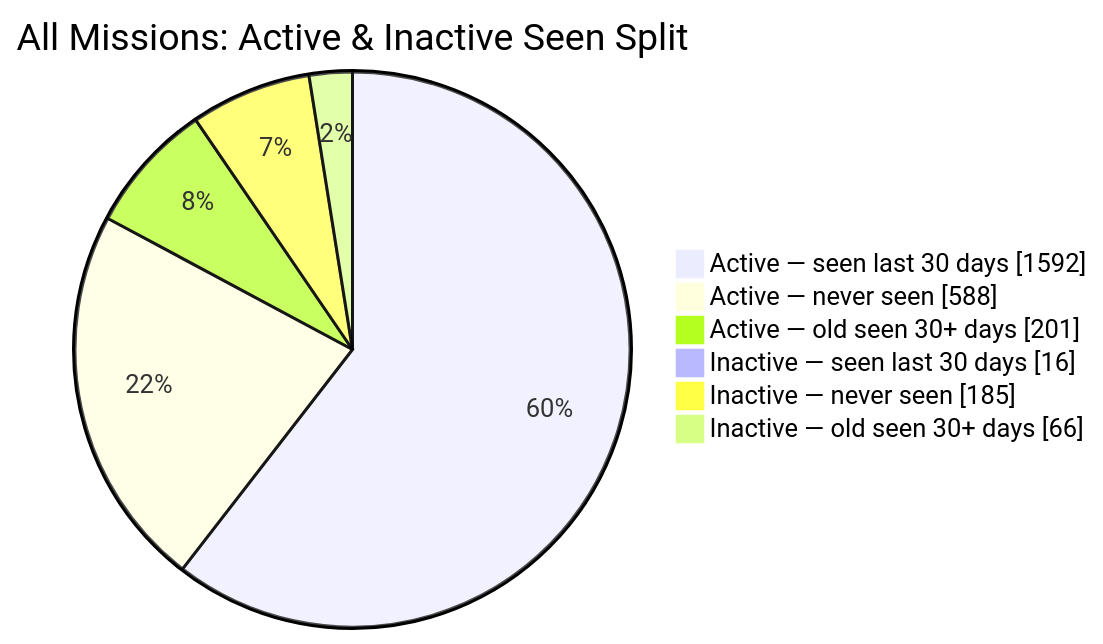
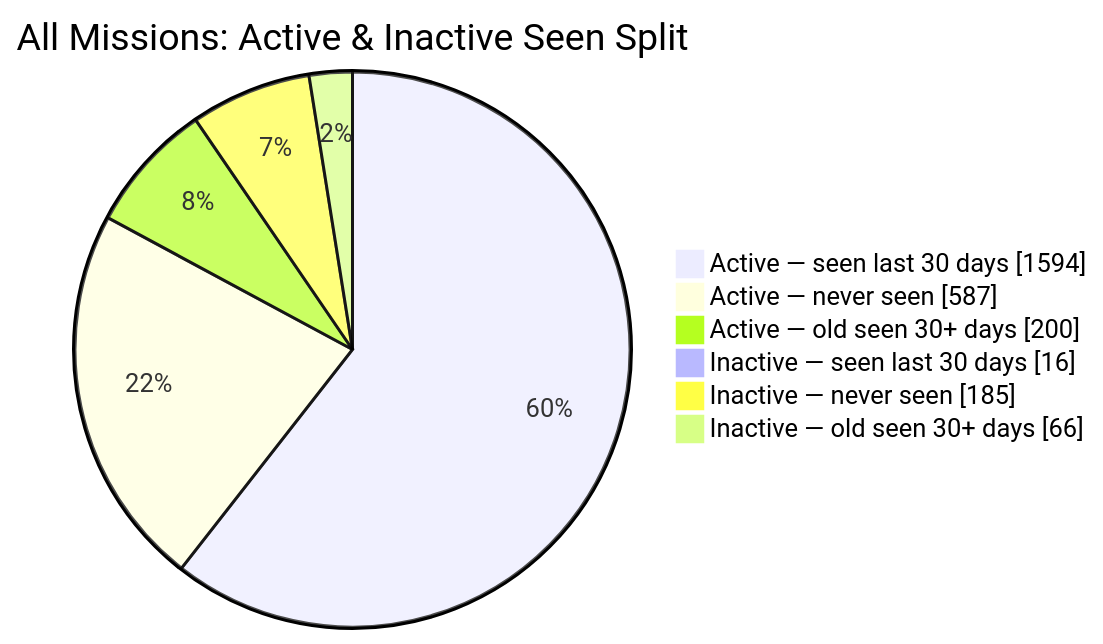
The second of 2 diagrams in README.md (MeldkamerspelGameTeam/active-missions), drawn with Mermaid before and after one commit. The commit also changed other lines of this file and 4 other files, not shown here.

````diff
--- a/README.md
+++ b/README.md
@@ -44,10 +44,10 @@
 ```mermaid
 pie showData
     title All Missions: Active & Inactive Seen Split
-    "Active — seen last 30 days" : 1592
-    "Active — never seen" : 588
-    "Active — old seen 30+ days" : 201
+    "Active — seen last 30 days" : 1594
+    "Active — never seen" : 587
+    "Active — old seen 30+ days" : 200
     "Inactive — seen last 30 days" : 16
     "Inactive — never seen" : 185
     "Inactive — old seen 30+ days" : 66
 ```
````
